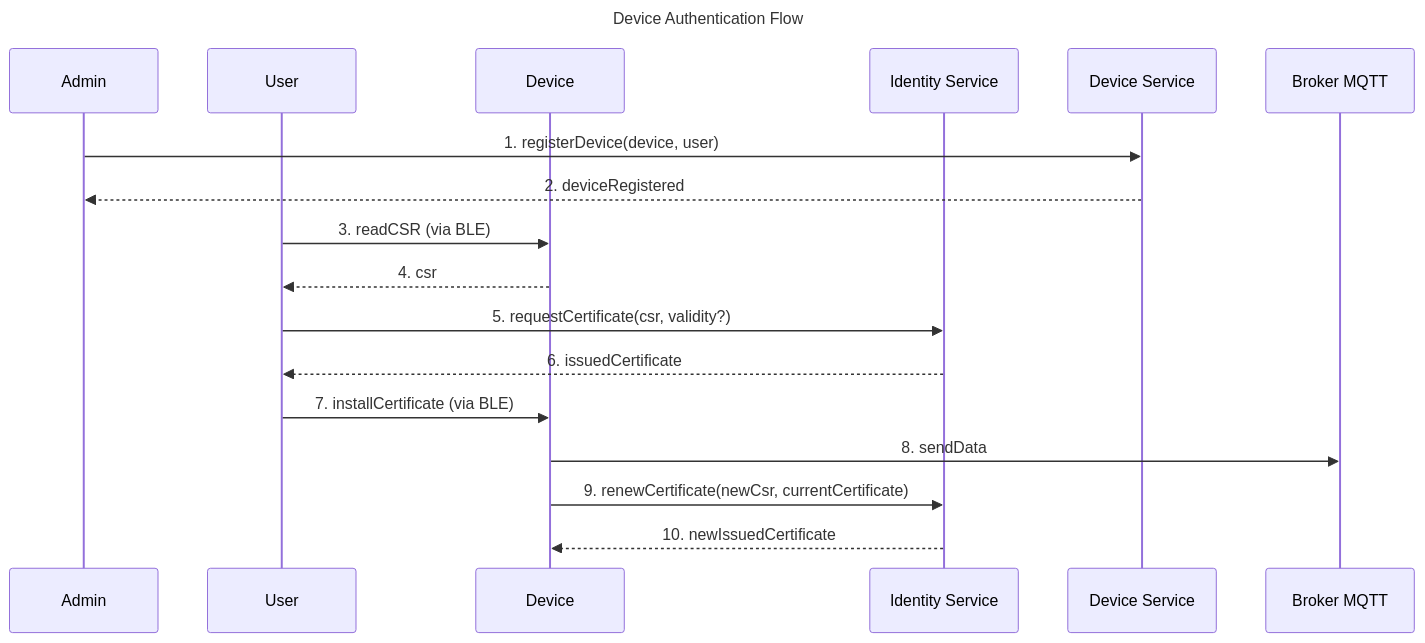
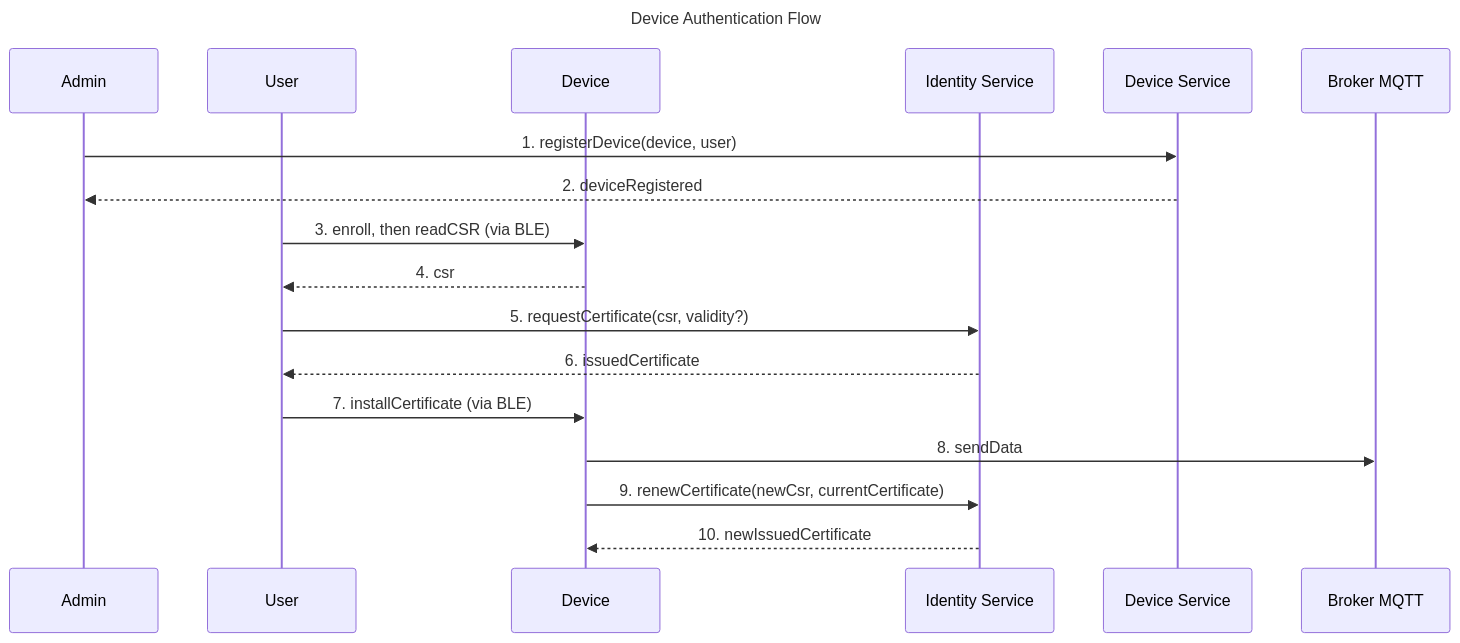
Before and after one commit to diogocerqueiralima/vehicle-tracker: the diagram in docs/device/security/authentication/overview.md, drawn with Mermaid. The commit also changed other lines of this file and 9 other files, not shown here.

````diff
--- a/docs/device/security/authentication/overview.md
+++ b/docs/device/security/authentication/overview.md
@@ -23,27 +23,27 @@
 ```mermaid
 sequenceDiagram
     title Device Authentication Flow
 
     participant Admin
     participant User
     participant Device
     participant IdentityService as Identity Service
     participant DeviceService as Device Service
     participant BrokerMQTT as Broker MQTT
 
     Admin->>DeviceService: 1. registerDevice(device, user)
     DeviceService-->>Admin: 2. deviceRegistered
 
-    User->>Device: 3. readCSR (via BLE)
+    User->>Device: 3. enroll, then readCSR (via BLE)
     Device-->>User: 4. csr
 
     User->>IdentityService: 5. requestCertificate(csr, validity?)
     IdentityService-->>User: 6. issuedCertificate
 
     User->>Device: 7. installCertificate (via BLE)
 
     Device->>BrokerMQTT: 8. sendData
 
     Device->>IdentityService: 9. renewCertificate(newCsr, currentCertificate)
     IdentityService-->>Device: 10. newIssuedCertificate
 ```
````
